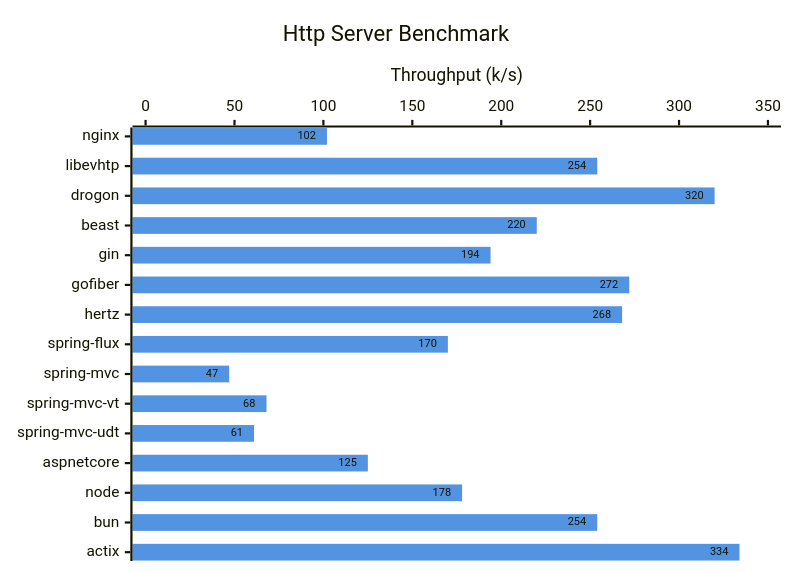
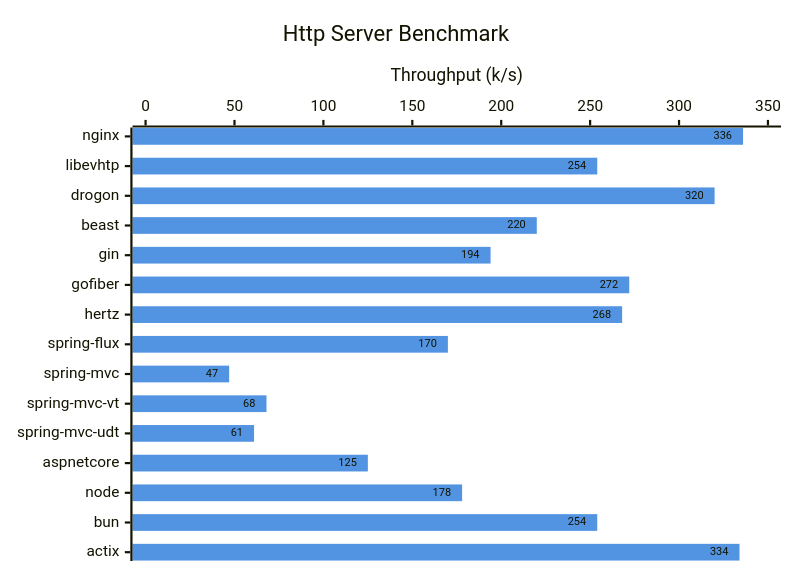
Before and after one commit to gonwan/webframework-benchmark: the diagram in readme.md, drawn with Mermaid. The commit also changed other lines of this file and 1 other file, not shown here.

````diff
--- a/readme.md
+++ b/readme.md
@@ -48,15 +48,15 @@
 ```mermaid
 ---
 config:
   xyChart:
     showDataLabel: true
   themeVariables:
     xyChart:
       plotColorPalette: '#5294e2'
 ---
 xychart-beta horizontal
 title "Http Server Benchmark"
 x-axis [nginx, libevhtp, drogon, beast, gin, gofiber, hertz, spring-flux, spring-mvc, spring-mvc-vt, spring-mvc-udt, aspnetcore, node, bun, actix]
 y-axis "Throughput (k/s)" 0 --> 350
-bar [102, 254, 320, 220, 194, 272, 268, 170, 47, 68, 61, 125, 178, 254, 334]
+bar [336, 254, 320, 220, 194, 272, 268, 170, 47, 68, 61, 125, 178, 254, 334]
 ```
````
